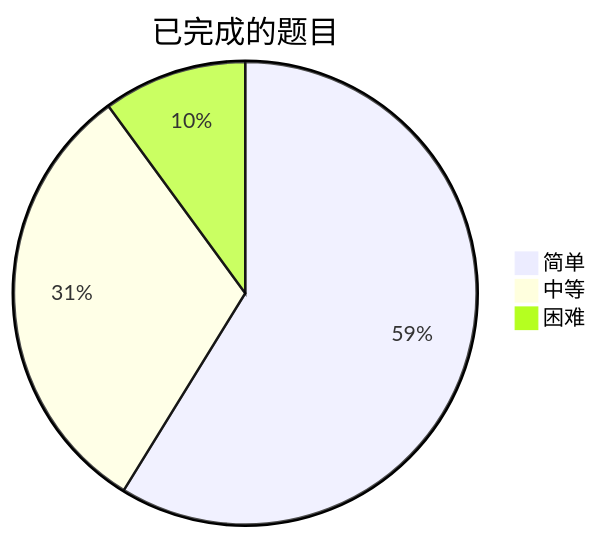
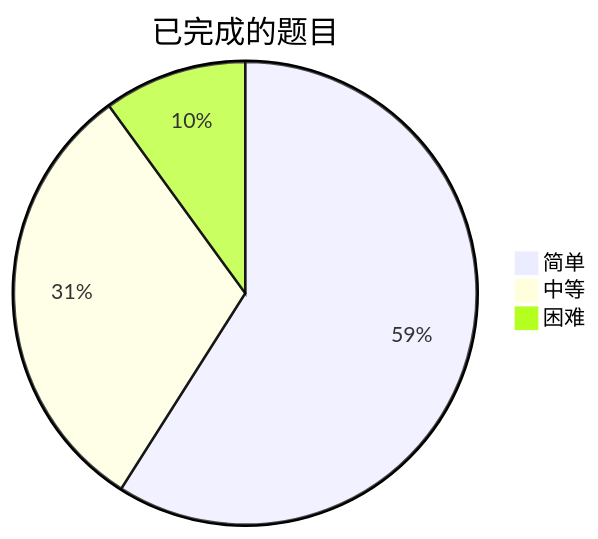
One commit to kaisa911/LeetCode changed the diagram in README.md. Above: the diagram before and after it, drawn with Mermaid. The commit also changed other lines of this file and 2 other files, not shown here.

````diff
--- a/README.md
+++ b/README.md
@@ -12,7 +12,7 @@
 ```mermaid
 pie title 已完成的题目
-    "简单" : 117
+    "简单" : 118
     "中等" : 62
     "困难" : 20
 
 ```
````
